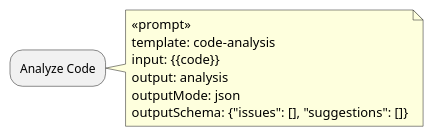
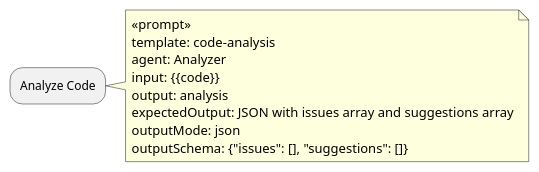
Before and after one commit to JuanToanXoup/copilot-api-minimal: the third of 12 diagrams in docs/plantuml-workflow-schema.md, drawn with PlantUML. The commit also changed other lines of this file, not shown here.

First line of the commit message:
Update schema with expectedOutput, remove metadata fields

````diff
--- a/docs/plantuml-workflow-schema.md
+++ b/docs/plantuml-workflow-schema.md
@@ -83,11 +85,13 @@
 ```plantuml
 :Analyze Code;
 note right
   <<prompt>>
   template: code-analysis
+  agent: Analyzer
   input: {{code}}
   output: analysis
+  expectedOutput: JSON with issues array and suggestions array
   outputMode: json
   outputSchema: {"issues": [], "suggestions": []}
 end note
 ```
````
